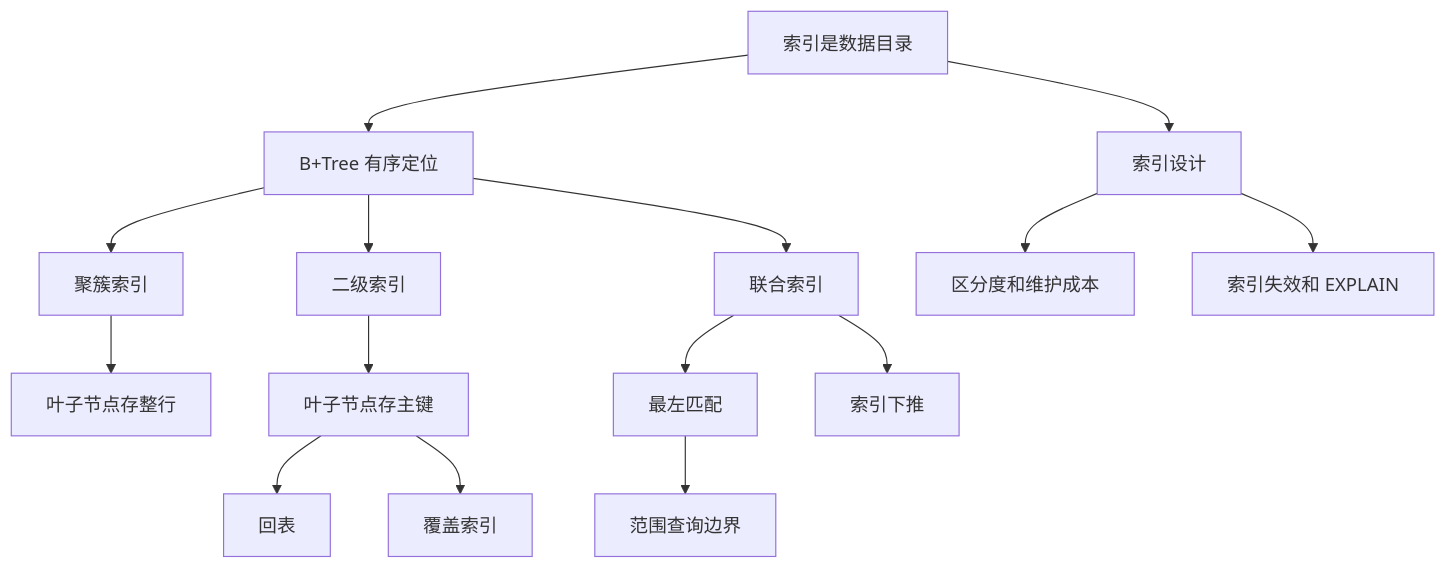
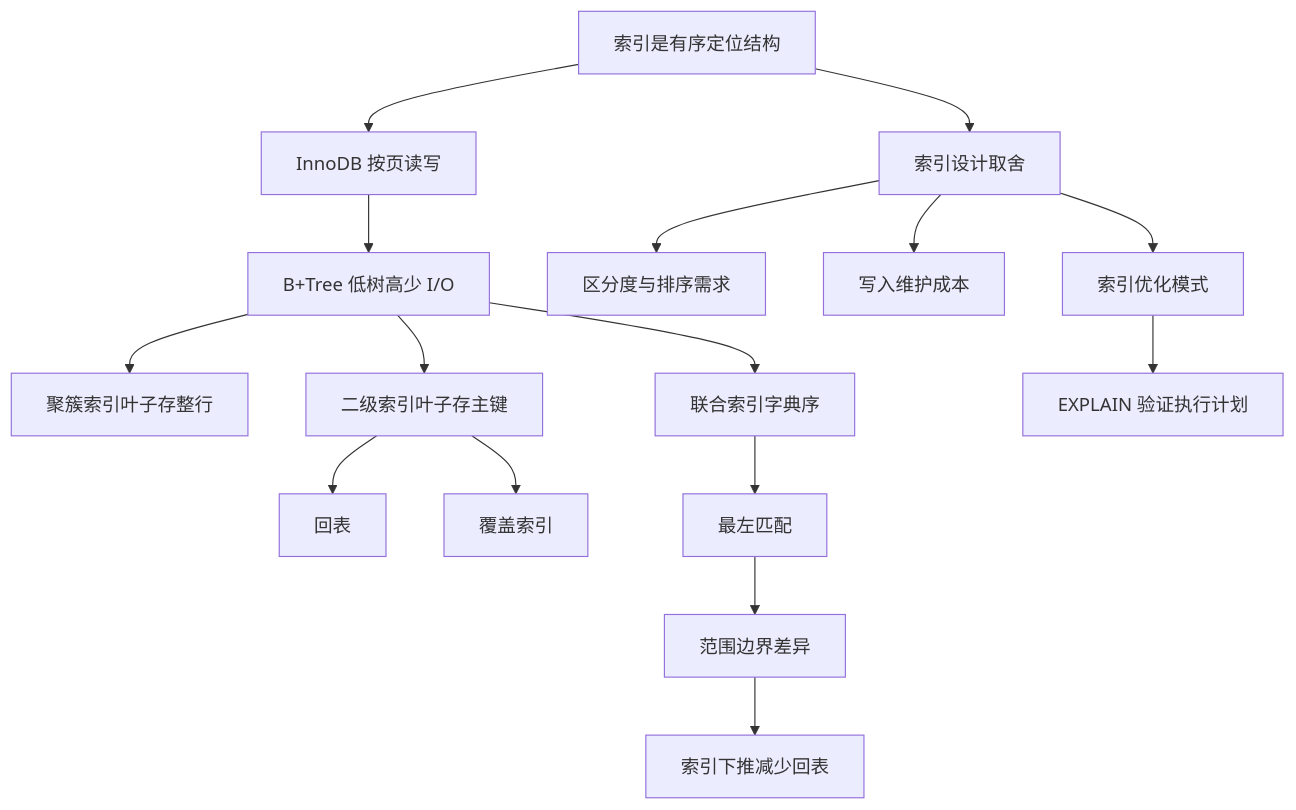
One commit to sisphus/notes-for-BAGU changed the diagram in 基础系统八股/database-mysql/study-agent/outputs/notes/index_interview_notes.md. Above: the diagram before and after it, drawn with Mermaid. The commit also changed other lines of this file and 538 other files, not shown here.

````diff
--- a/基础系统八股/database-mysql/study-agent/outputs/notes/index_interview_notes.md
+++ b/基础系统八股/database-mysql/study-agent/outputs/notes/index_interview_notes.md
@@ -91,17 +466,18 @@
 ```mermaid
 graph TD
-    A[索引是数据目录] --> B[B+Tree 有序定位]
-    B --> C[聚簇索引]
-    B --> D[二级索引]
-    C --> E[叶子节点存整行]
-    D --> F[叶子节点存主键]
-    F --> G[回表]
-    F --> H[覆盖索引]
-    B --> I[联合索引]
-    I --> J[最左匹配]
-    J --> K[范围查询边界]
-    I --> L[索引下推]
-    A --> M[索引设计]
-    M --> N[区分度和维护成本]
-    M --> O[索引失效和 EXPLAIN]
+    A[索引是有序定位结构] --> B[InnoDB 按页读写]
+    B --> C[B+Tree 低树高少 I/O]
+    C --> D[聚簇索引叶子存整行]
+    C --> E[二级索引叶子存主键]
+    E --> F[回表]
+    E --> G[覆盖索引]
+    C --> H[联合索引字典序]
+    H --> I[最左匹配]
+    I --> J[范围边界差异]
+    J --> K[索引下推减少回表]
+    A --> L[索引设计取舍]
+    L --> M[区分度与排序需求]
+    L --> N[写入维护成本]
+    L --> O[索引优化模式]
+    O --> P[EXPLAIN 验证执行计划]
 ```
````
